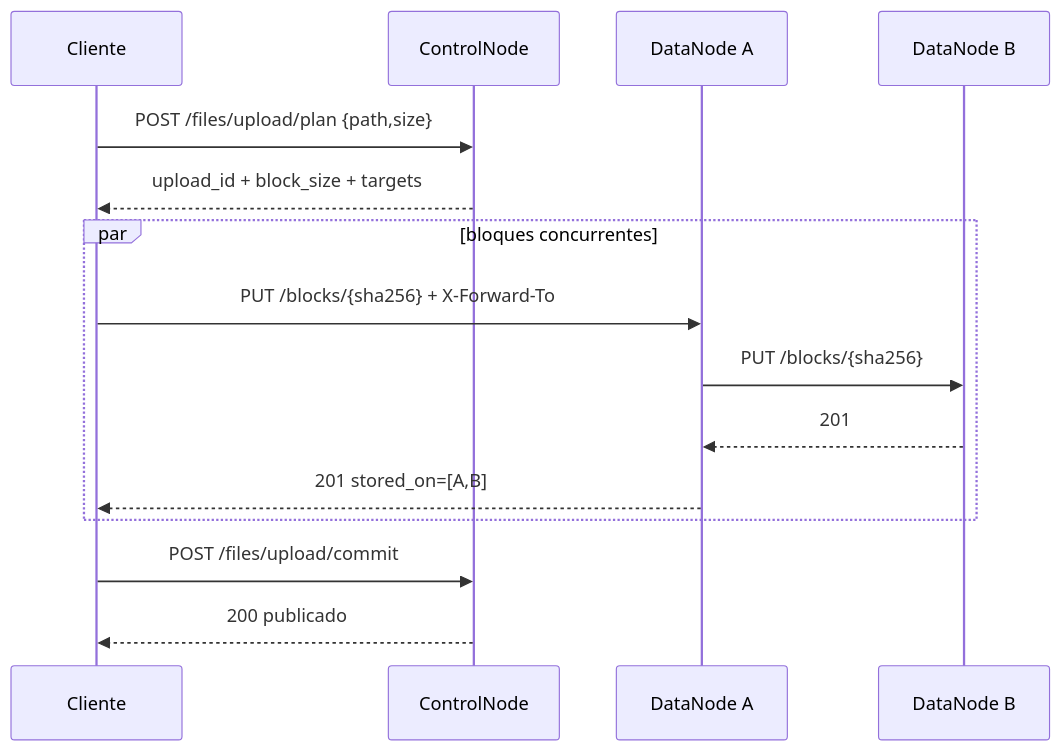
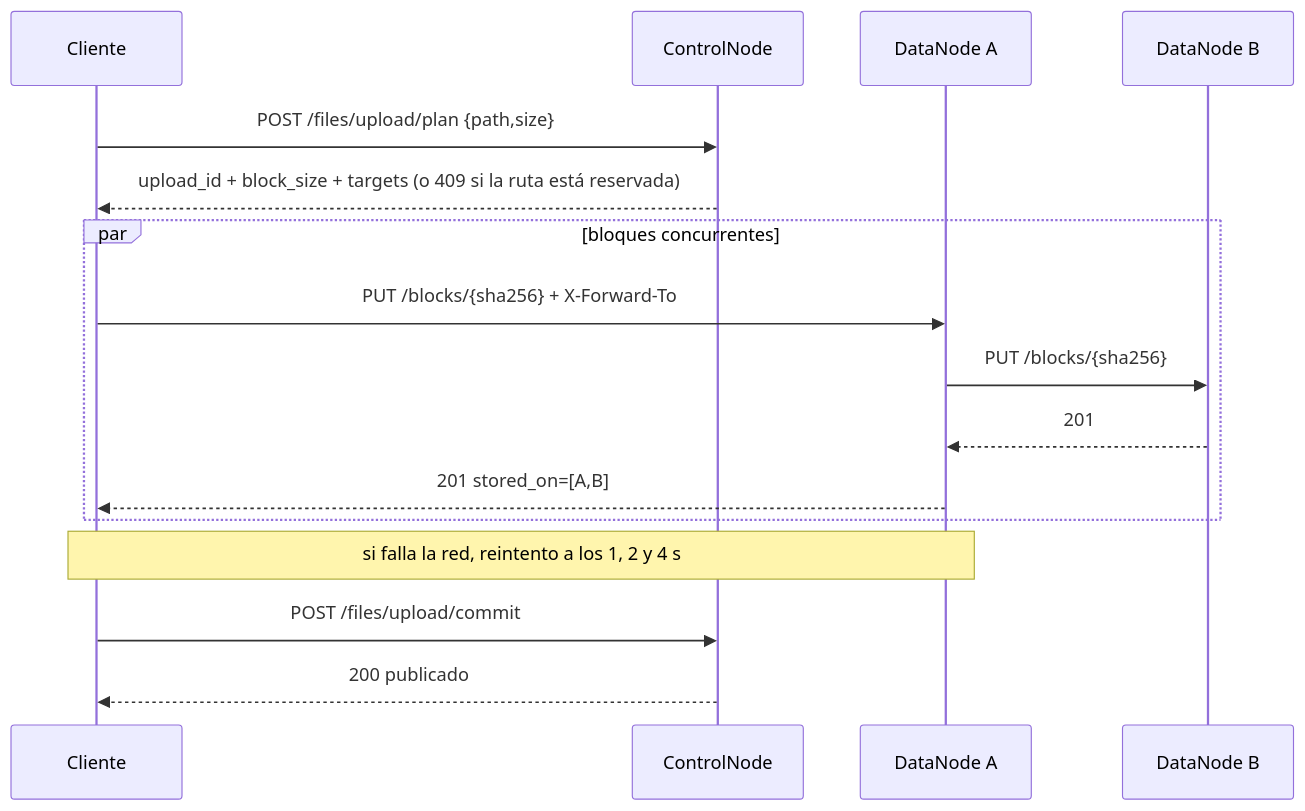
One commit to AndresVelezR/DFSha---Distributed-Systems changed the second of 3 diagrams in docs/hito-2-arquitectura-y-comunicaciones.md. Above: the diagram before and after it, drawn with Mermaid. The commit also changed other lines of this file and 1 other file, not shown here.

````diff
--- a/docs/hito-2-arquitectura-y-comunicaciones.md
+++ b/docs/hito-2-arquitectura-y-comunicaciones.md
@@ -116,17 +155,18 @@
 ```mermaid
 sequenceDiagram
     participant C as Cliente
     participant CN as ControlNode
     participant D1 as DataNode A
     participant D2 as DataNode B
     C->>CN: POST /files/upload/plan {path,size}
-    CN-->>C: upload_id + block_size + targets
+    CN-->>C: upload_id + block_size + targets (o 409 si la ruta está reservada)
     par bloques concurrentes
       C->>D1: PUT /blocks/{sha256} + X-Forward-To
       D1->>D2: PUT /blocks/{sha256}
       D2-->>D1: 201
       D1-->>C: 201 stored_on=[A,B]
     end
+    Note over C,D1: si falla la red, reintento a los 1, 2 y 4 s
     C->>CN: POST /files/upload/commit
     CN-->>C: 200 publicado
 ```
````
